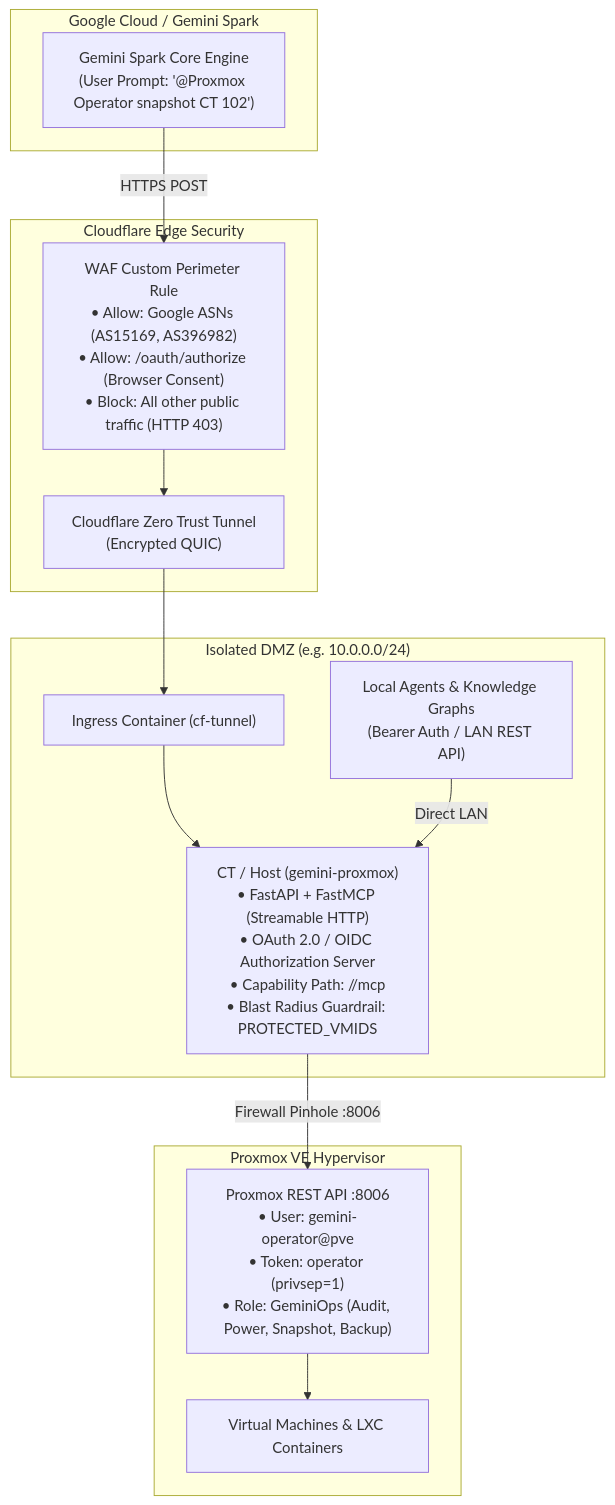
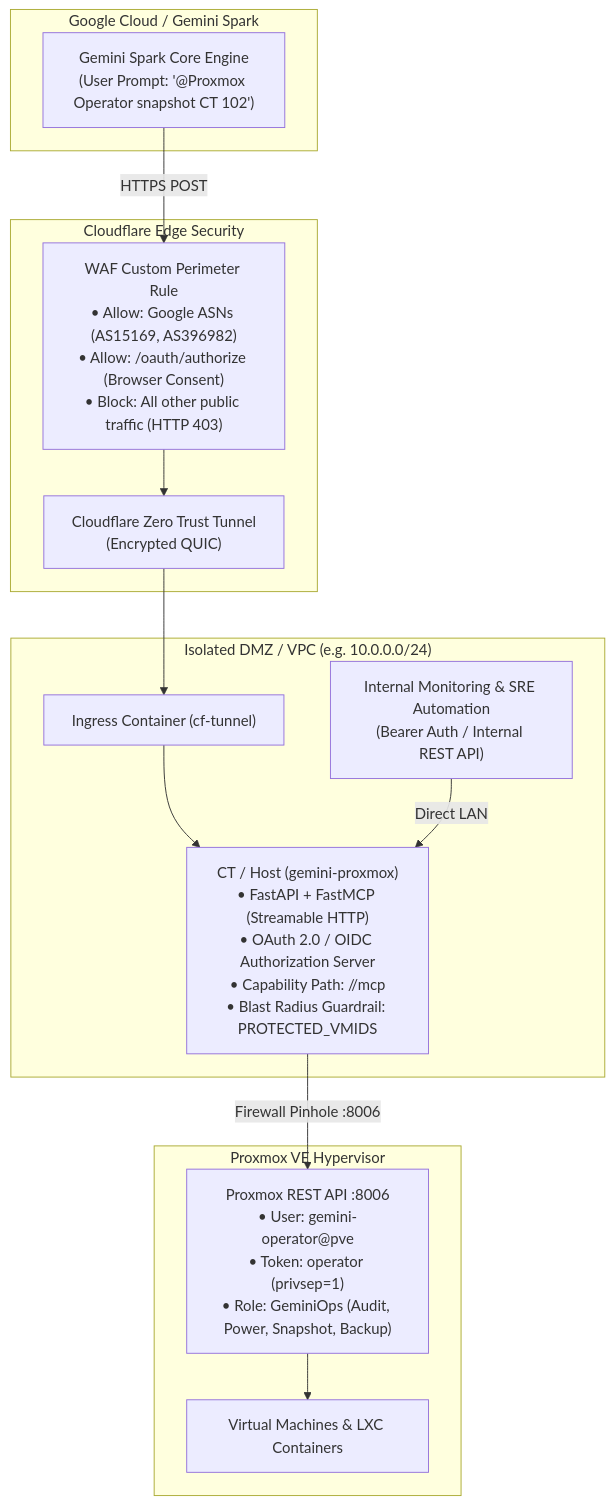
Before and after one commit to eddygk/gemini-proxmox: the diagram in README.md, drawn with Mermaid. The commit also changed other lines of this file and 1 other file, not shown here.

Commit message:
docs: refine enterprise SRE and infrastructure positioning in README and env template

````diff
--- a/README.md
+++ b/README.md
@@ -15,30 +15,30 @@
 ```mermaid
 flowchart TD
     subgraph GoogleCloud["Google Cloud / Gemini Spark"]
         GeminiClient["Gemini Spark Core Engine\n(User Prompt: '@Proxmox Operator snapshot CT 102')"]
     end
 
     subgraph Edge["Cloudflare Edge Security"]
         WAF["WAF Custom Perimeter Rule\n• Allow: Google ASNs (AS15169, AS396982)\n• Allow: /oauth/authorize (Browser Consent)\n• Block: All other public traffic (HTTP 403)"]
         Tunnel["Cloudflare Zero Trust Tunnel\n(Encrypted QUIC)"]
     end
 
-    subgraph HomelabDMZ["Isolated DMZ (e.g. 10.0.0.0/24)"]
+    subgraph SecureDMZ["Isolated DMZ / VPC (e.g. 10.0.0.0/24)"]
         CFTunnelGuest["Ingress Container (cf-tunnel)"]
         Gateway["CT / Host (gemini-proxmox)\n• FastAPI + FastMCP (Streamable HTTP)\n• OAuth 2.0 / OIDC Authorization Server\n• Capability Path: /<MCP_SECRET_PATH>/mcp\n• Blast Radius Guardrail: PROTECTED_VMIDS"]
-        LocalAgent["Local Agents & Knowledge Graphs\n(Bearer Auth / LAN REST API)"]
+        LocalAgent["Internal Monitoring & SRE Automation\n(Bearer Auth / Internal REST API)"]
     end
 
     subgraph Hypervisor["Proxmox VE Hypervisor"]
         PVEAPI["Proxmox REST API :8006\n• User: gemini-operator@pve\n• Token: operator (privsep=1)\n• Role: GeminiOps (Audit, Power, Snapshot, Backup)"]
         Guests["Virtual Machines & LXC Containers"]
     end
 
     GeminiClient -->|HTTPS POST| WAF
     WAF --> Tunnel
     Tunnel --> CFTunnelGuest
     CFTunnelGuest --> Gateway
     LocalAgent -->|Direct LAN| Gateway
     Gateway -->|Firewall Pinhole :8006| PVEAPI
     PVEAPI --> Guests
 ```
````
